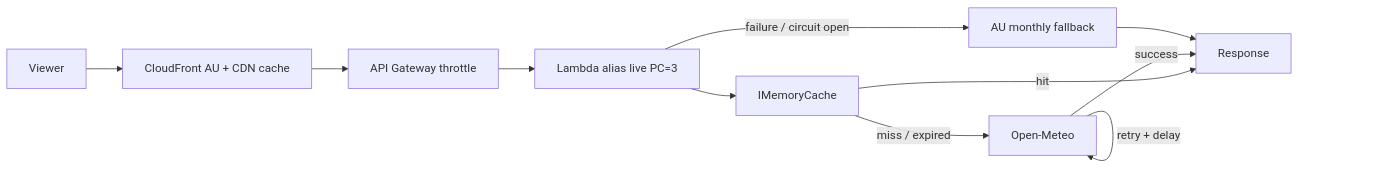
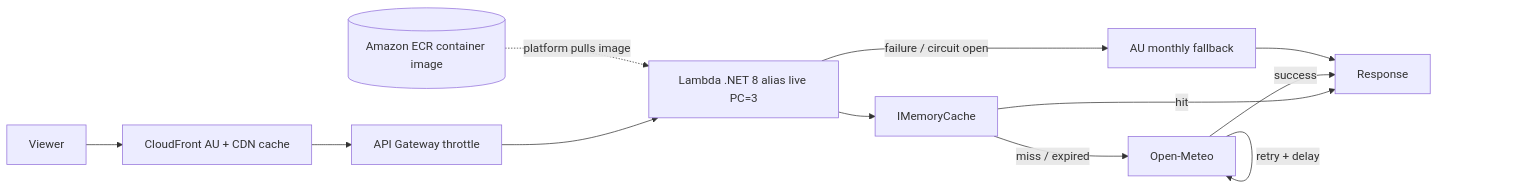
The diagram in docs/ARCHITECTURE.md (pratikbhumkar/giggly-gusts), drawn with Mermaid before and after one commit. The commit also changed other lines of this file and 12 other files, not shown here.

````diff
--- a/docs/ARCHITECTURE.md
+++ b/docs/ARCHITECTURE.md
@@ -32,19 +32,21 @@
 ```mermaid
 flowchart LR
   V[Viewer]
   CF[CloudFront AU + CDN cache]
   GW[API Gateway throttle]
-  L[Lambda alias live PC=3]
+  ECR[(Amazon ECR container image)]
+  L[Lambda .NET 8 alias live PC=3]
   MEM[IMemoryCache]
   OM[Open-Meteo]
   FB[AU monthly fallback]
 
   V --> CF --> GW --> L
+  ECR -.->|platform pulls image| L
   L --> MEM
   MEM -->|miss / expired| OM
   MEM -->|hit| R[Response]
   OM -->|success| R
   OM -->|retry + delay| OM
   L -->|failure / circuit open| FB
   FB --> R
 ```
````
